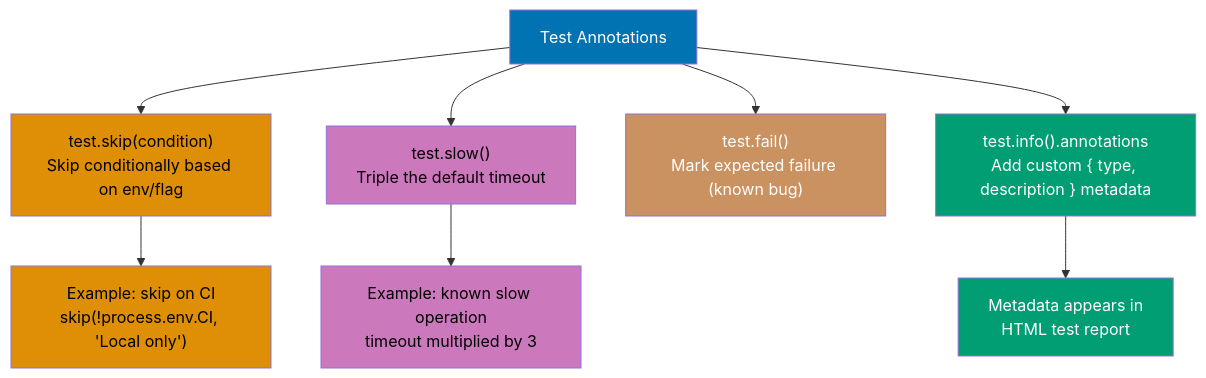
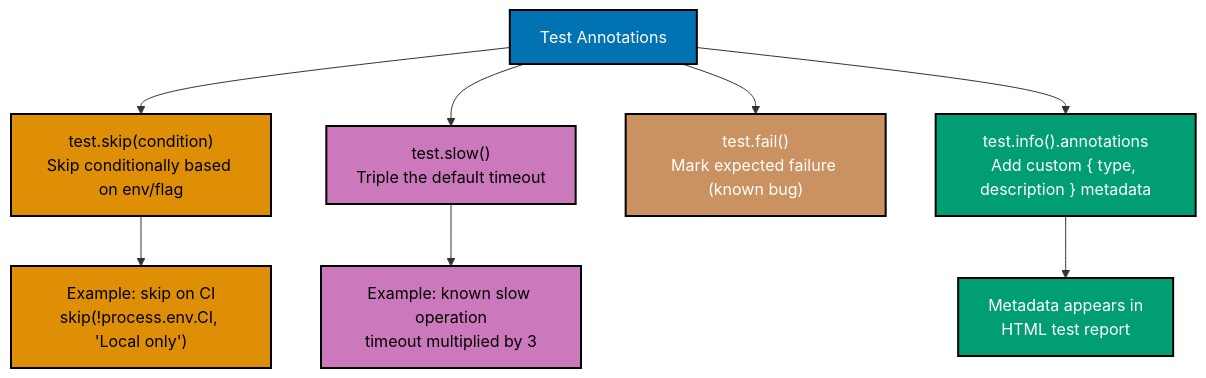
Diagram 14 of 15 in apps/ayokoding-web/content/en/learn/software-engineering/automation-testing/tools/playwright/by-example/intermediate.md (wahidyankf/open-sharia-enterprise), drawn with Mermaid before and after one commit. The commit also changed other lines of this file and 25 other files, not shown here.

````diff
--- a/apps/ayokoding-web/content/en/learn/software-engineering/automation-testing/tools/playwright/by-example/intermediate.md
+++ b/apps/ayokoding-web/content/en/learn/software-engineering/automation-testing/tools/playwright/by-example/intermediate.md
@@ -1998,20 +1998,20 @@
 ```mermaid
 %% Color Palette: Blue #0173B2, Orange #DE8F05, Teal #029E73, Purple #CC78BC, Brown #CA9161
 graph TD
     Annotations["Test Annotations"] --> Skip["test.skip(condition)<br/>Skip conditionally based on env/flag"]
     Annotations --> Slow["test.slow()<br/>Triple the default timeout"]
     Annotations --> Fail["test.fail()<br/>Mark expected failure (known bug)"]
     Annotations --> Info["test.info().annotations<br/>Add custom { type, description } metadata"]
     Skip --> CI["Example: skip on CI<br/>skip(!process.env.CI, 'Local only')"]
     Slow --> Timeout["Example: known slow operation<br/>timeout multiplied by 3"]
     Info --> Report["Metadata appears in<br/>HTML test report"]
 
-    style Annotations fill:#0173B2,color:#fff
-    style Skip fill:#DE8F05,color:#000
-    style Slow fill:#CC78BC,color:#000
-    style Fail fill:#CA9161,color:#fff
-    style Info fill:#029E73,color:#fff
-    style CI fill:#DE8F05,color:#000
-    style Timeout fill:#CC78BC,color:#000
-    style Report fill:#029E73,color:#fff
+    style Annotations fill:#0173B2,stroke:#000000,stroke-width:2px,color:#fff
+    style Skip fill:#DE8F05,stroke:#000000,stroke-width:2px,color:#000
+    style Slow fill:#CC78BC,stroke:#000000,stroke-width:2px,color:#000
+    style Fail fill:#CA9161,stroke:#000000,stroke-width:2px,color:#fff
+    style Info fill:#029E73,stroke:#000000,stroke-width:2px,color:#fff
+    style CI fill:#DE8F05,stroke:#000000,stroke-width:2px,color:#000
+    style Timeout fill:#CC78BC,stroke:#000000,stroke-width:2px,color:#000
+    style Report fill:#029E73,stroke:#000000,stroke-width:2px,color:#fff
 ```
````
